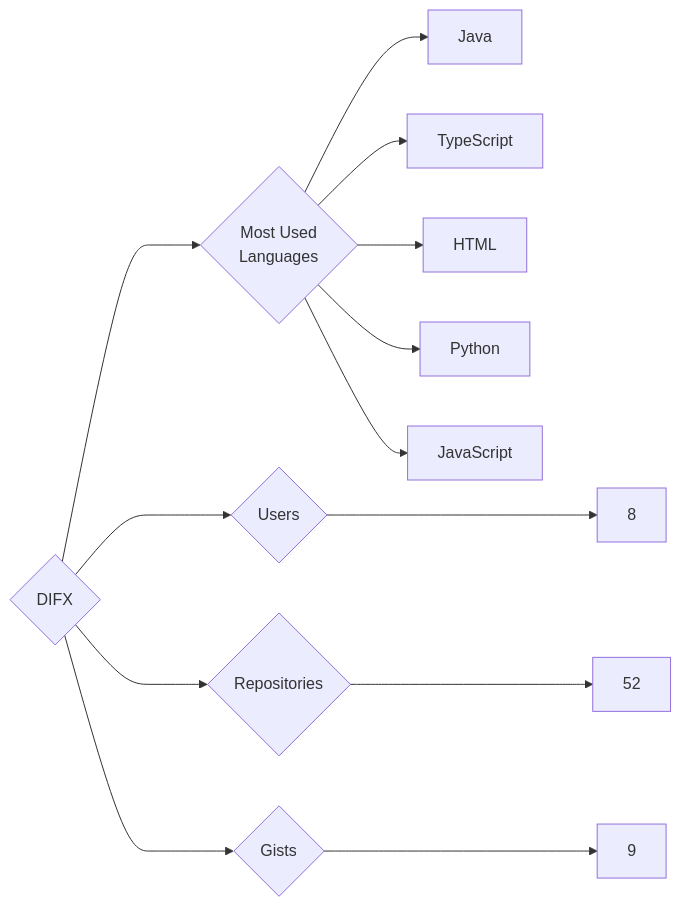
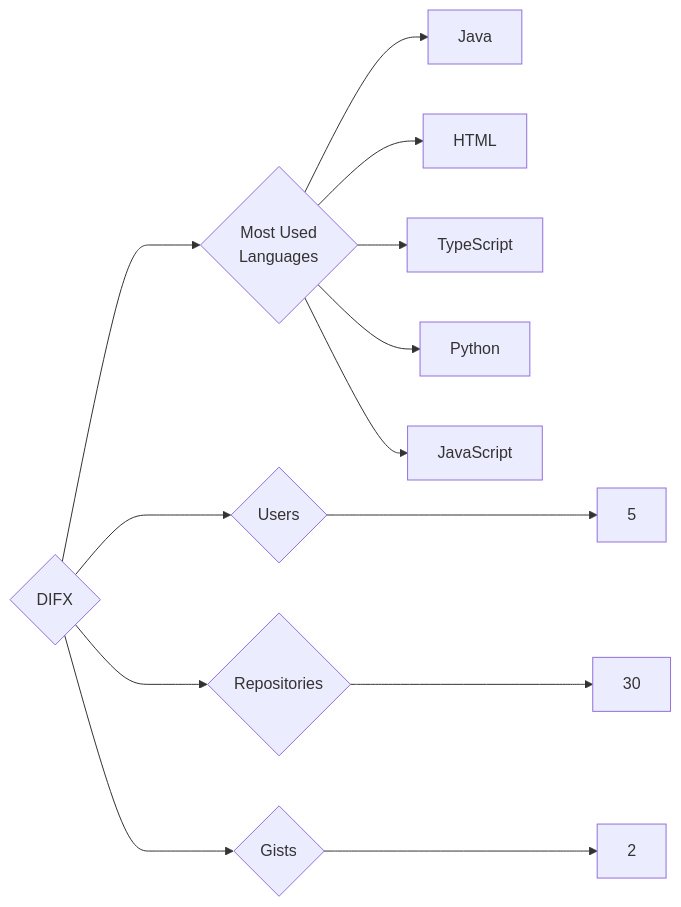
The diagram in targets/DIFX/README.md (trickest/insiders), drawn with Mermaid before and after one commit. The commit also changed 1120 other files, not shown here.

````diff
--- a/targets/DIFX/README.md
+++ b/targets/DIFX/README.md
@@ -3,13 +3,13 @@
 ```mermaid
 graph LR
 COMPANY_NAME{DIFX}
-COMPANY_NAME ---> U{Users} ---> UN[8]
-COMPANY_NAME ---> R{Repositories} ---> RN[52]
-COMPANY_NAME ---> G{Gists} ---> GN[9]
+COMPANY_NAME ---> U{Users} ---> UN[5]
+COMPANY_NAME ---> R{Repositories} ---> RN[30]
+COMPANY_NAME ---> G{Gists} ---> GN[2]
 COMPANY_NAME ---> ML{Most Used<br>Languages}
 ML --> Java[Java]
+ML --> HTML[HTML]
 ML --> TypeScript[TypeScript]
-ML --> HTML[HTML]
 ML --> Python[Python]
 ML --> JavaScript[JavaScript]
 ```
````
